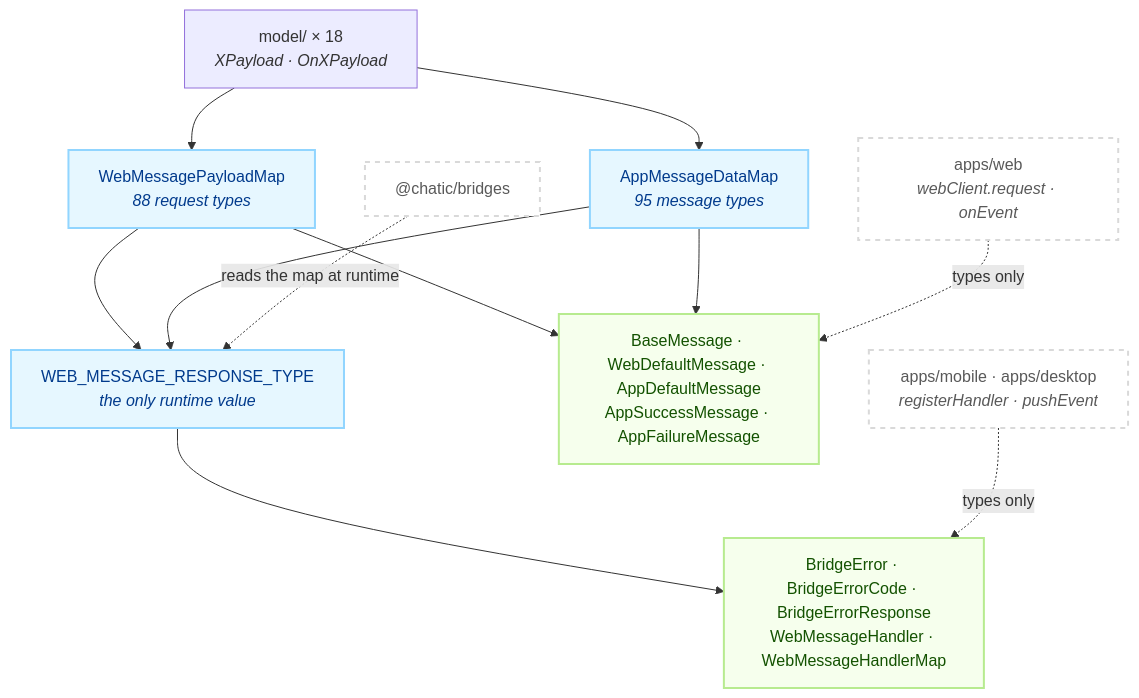
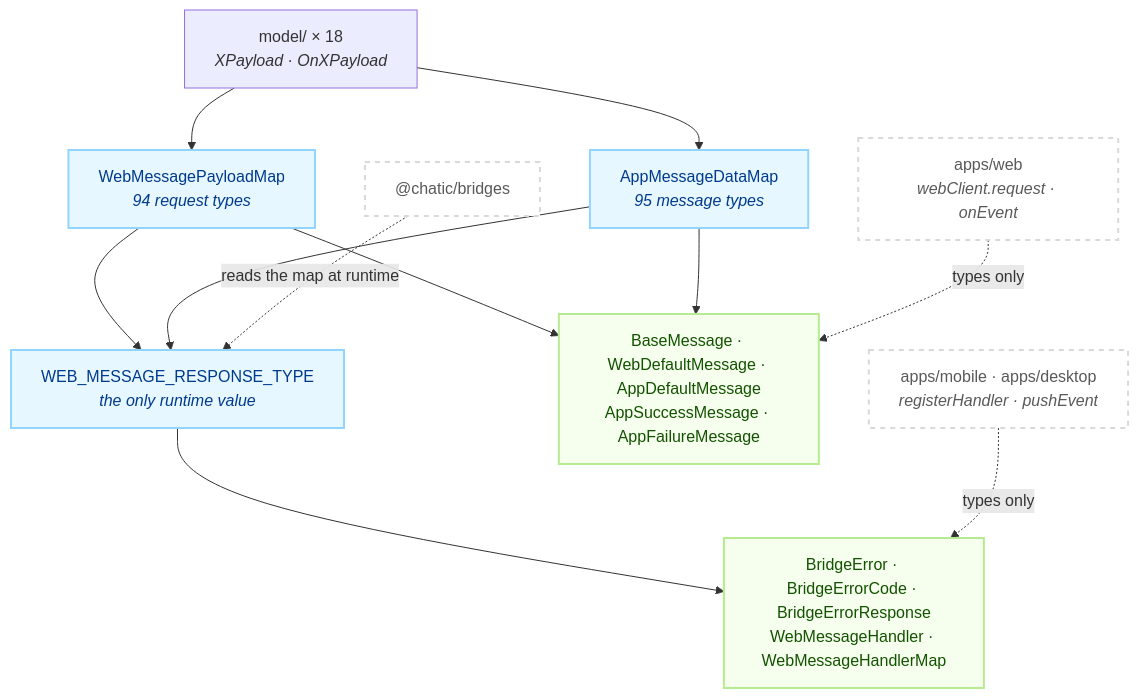
One commit to lemoncloud-io/dou-app changed the first of 2 diagrams in libs/app-messages/README.md. Above: the diagram before and after it, drawn with Mermaid. The commit also changed other lines of this file and 13 other files, not shown here.

````diff
--- a/libs/app-messages/README.md
+++ b/libs/app-messages/README.md
@@ -89,28 +89,28 @@
 ```mermaid
 flowchart TD
     classDef ext fill:#ffffff,stroke:#d9d9d9,stroke-width:2px,color:#595959,stroke-dasharray: 5 5;
     classDef map fill:#e6f7ff,stroke:#91d5ff,stroke-width:2px,color:#003a8c;
     classDef env fill:#f6ffed,stroke:#b7eb8f,stroke-width:2px,color:#135200;
 
     Model["model/ × 18<br/><i>XPayload · OnXPayload</i>"]
-    WM["WebMessagePayloadMap<br/><i>88 request types</i>"]:::map
+    WM["WebMessagePayloadMap<br/><i>94 request types</i>"]:::map
     AM["AppMessageDataMap<br/><i>95 message types</i>"]:::map
     RT["WEB_MESSAGE_RESPONSE_TYPE<br/><i>the only runtime value</i>"]:::map
     Env["BaseMessage · WebDefaultMessage · AppDefaultMessage<br/>AppSuccessMessage · AppFailureMessage"]:::env
     Err["BridgeError · BridgeErrorCode · BridgeErrorResponse<br/>WebMessageHandler · WebMessageHandlerMap"]:::env
 
     Web["apps/web<br/><i>webClient.request · onEvent</i>"]:::ext
     Shell["apps/mobile · apps/desktop<br/><i>registerHandler · pushEvent</i>"]:::ext
     Br["@chatic/bridges"]:::ext
 
     Model --> WM
     Model --> AM
     WM --> RT
     AM --> RT
     WM --> Env
     AM --> Env
     RT --> Err
     Br -.->|"reads the map at runtime"| RT
     Web -.->|"types only"| Env
     Shell -.->|"types only"| Err
 ```
````
